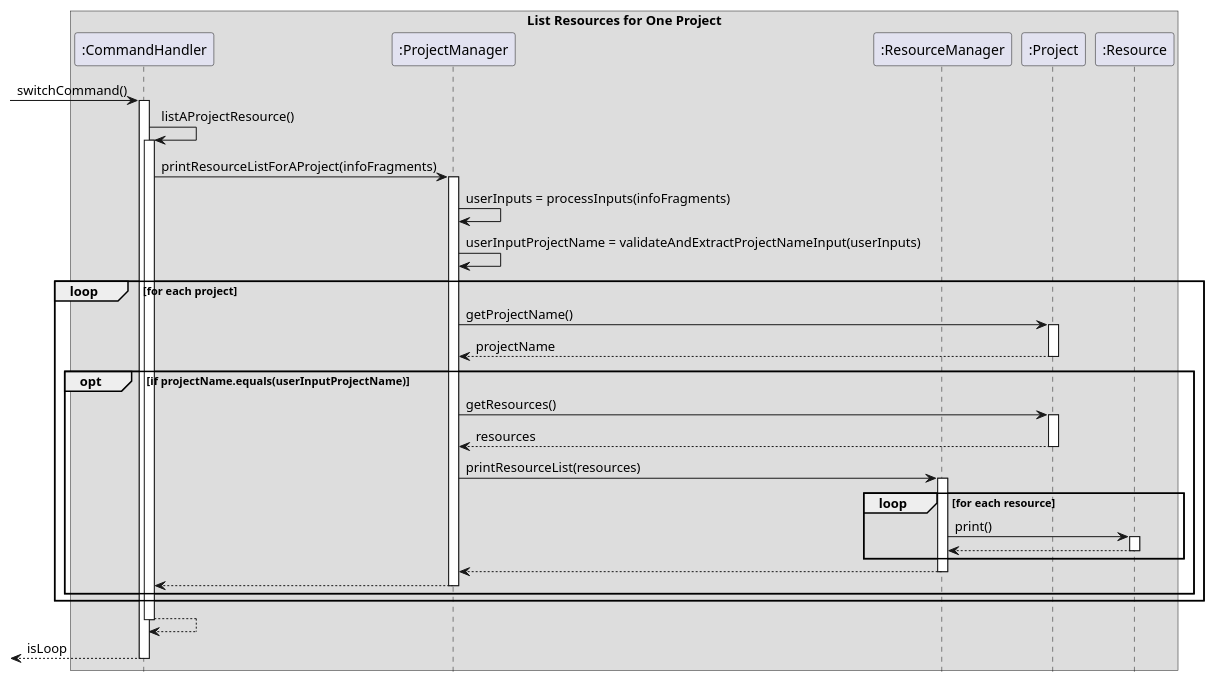
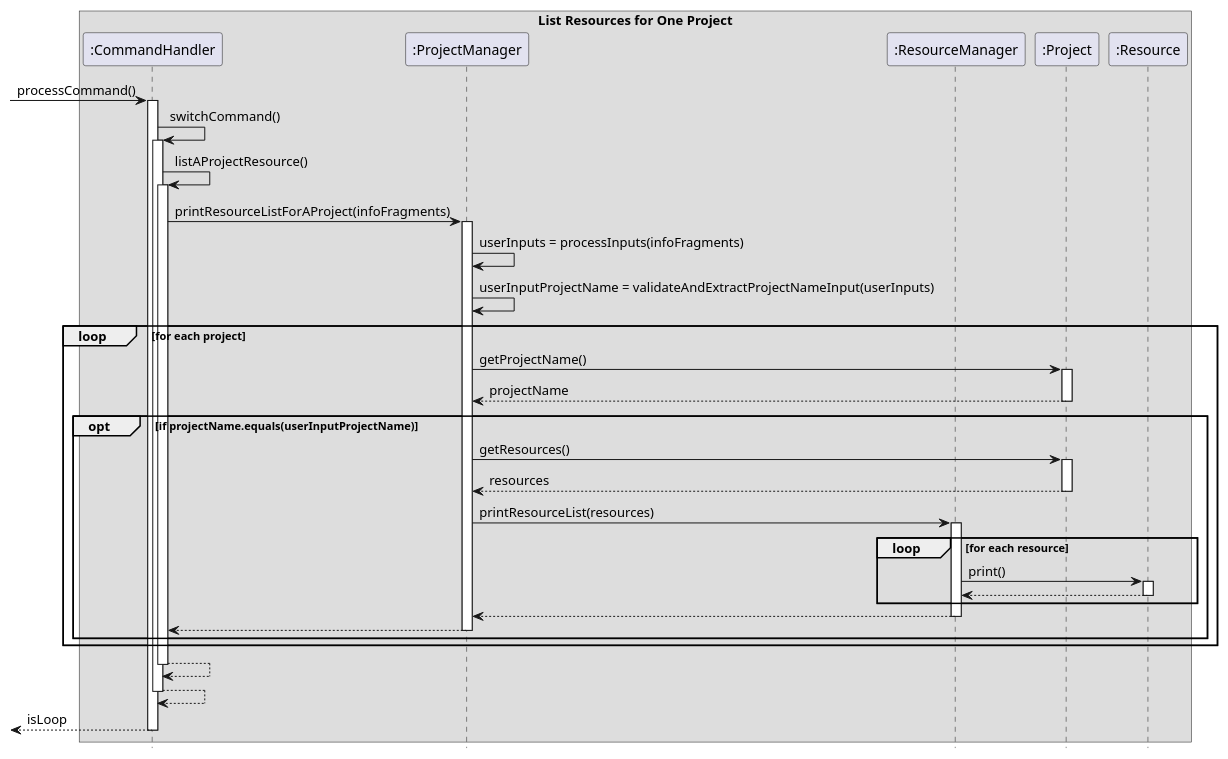
Before and after one commit to s-t-e-f/tp: the diagram in docs/PlantUML/ListAProjectResources.puml, drawn with PlantUML. The commit also changed 4 other files, not shown here.

Commit message:
Update sequence diagrams.

```diff
--- a/docs/PlantUML/ListAProjectResources.puml
+++ b/docs/PlantUML/ListAProjectResources.puml
@@ -1,46 +1,50 @@
 @startuml
 hide footbox
 box List Resources for One Project
 participant ":CommandHandler" as CH
 participant ":ProjectManager" as PM
 participant ":ResourceManager" as RM
 participant ":Project" as P
 participant ":Resource" as R
 
 
-[-> CH: switchCommand()
+[-> CH: processCommand()
+activate CH
+
+CH -> CH: switchCommand()
 activate CH
 
 CH -> CH: listAProjectResource()
 activate CH
 
 CH -> PM: printResourceListForAProject(infoFragments)
 activate PM
 
 PM -> PM: userInputs = processInputs(infoFragments)
 PM -> PM: userInputProjectName = validateAndExtractProjectNameInput(userInputs)
 
 loop for each project
     PM -> P: getProjectName()
     activate P
     return projectName
     opt if projectName.equals(userInputProjectName)
         PM -> P: getResources()
         activate P
         return resources
         PM -> RM: printResourceList(resources)
         activate RM
         loop for each resource
             RM -> R: print()
             activate R
             return
         end
 
         return
         return
         end
         end
         return
+        return
 return isLoop
 
 @enduml
```
